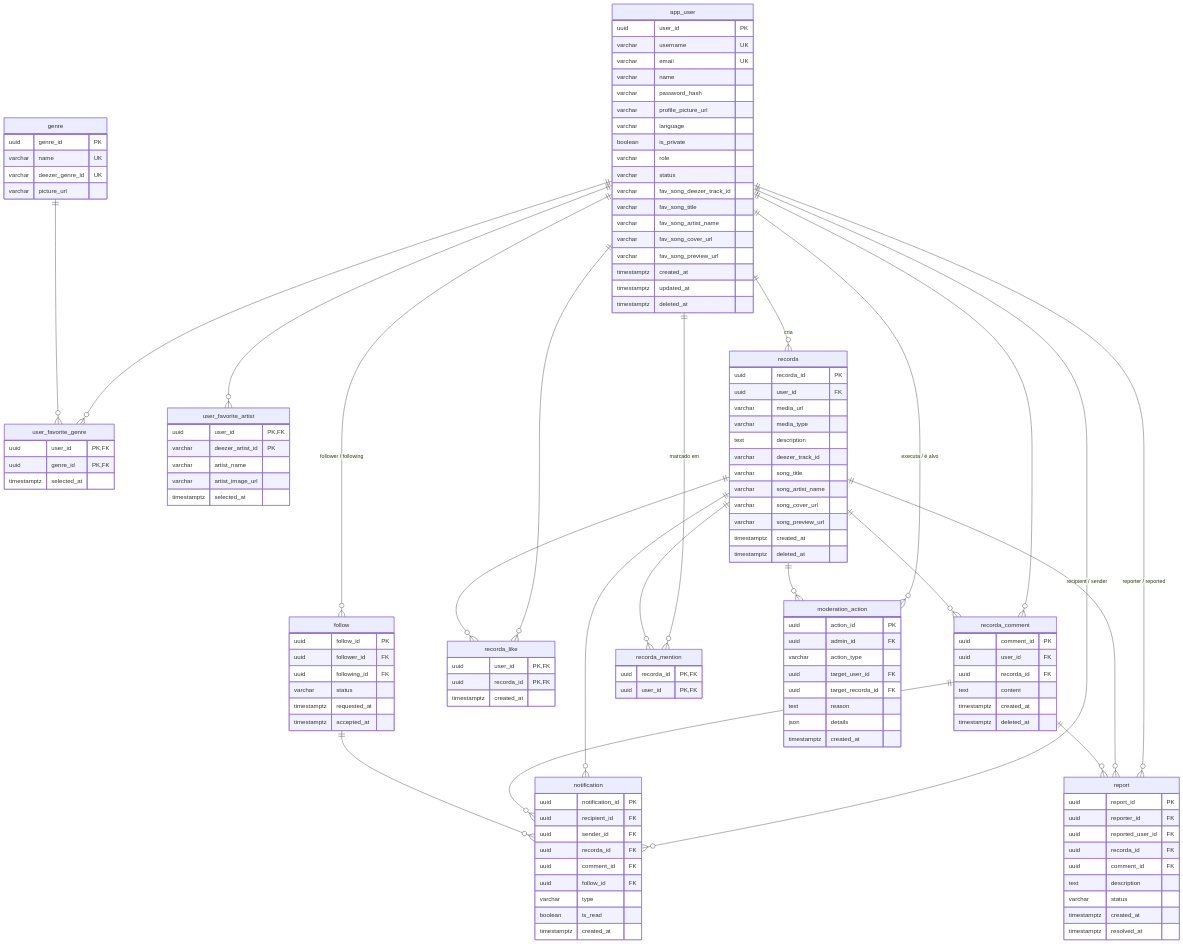
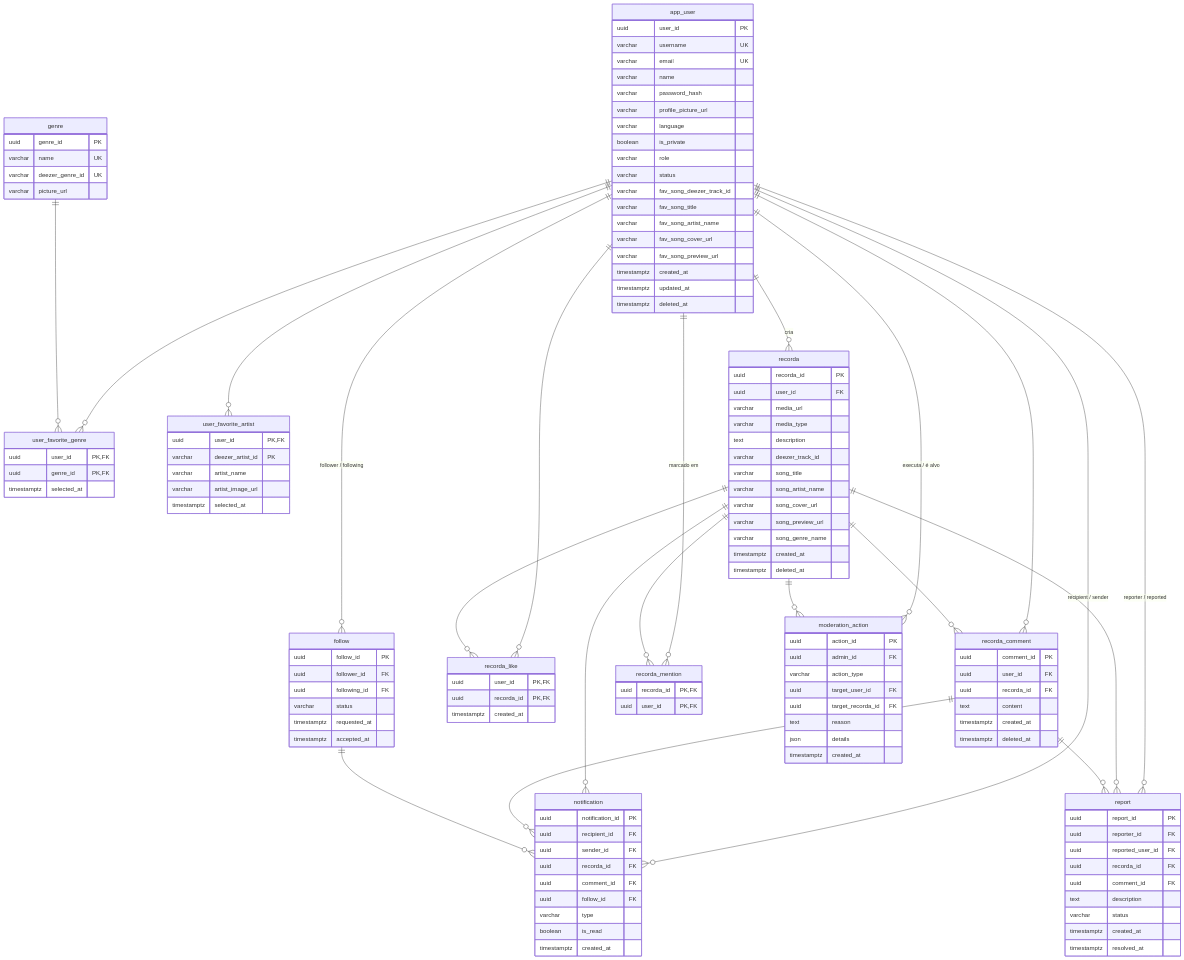
Before and after one commit to Recorda-ages/recorda-backend: the diagram in docs/database/recorda-database-model-v3.md, drawn with Mermaid. The commit also changed other lines of this file, not shown here.

Commit message:
docs: document recorda.song_genre_name in database model v3

```diff
--- a/docs/database/recorda-database-model-v3.md
+++ b/docs/database/recorda-database-model-v3.md
@@ -534,6 +536,7 @@
         varchar song_artist_name
         varchar song_cover_url
         varchar song_preview_url
+        varchar song_genre_name
         timestamptz created_at
         timestamptz deleted_at
     }
```
